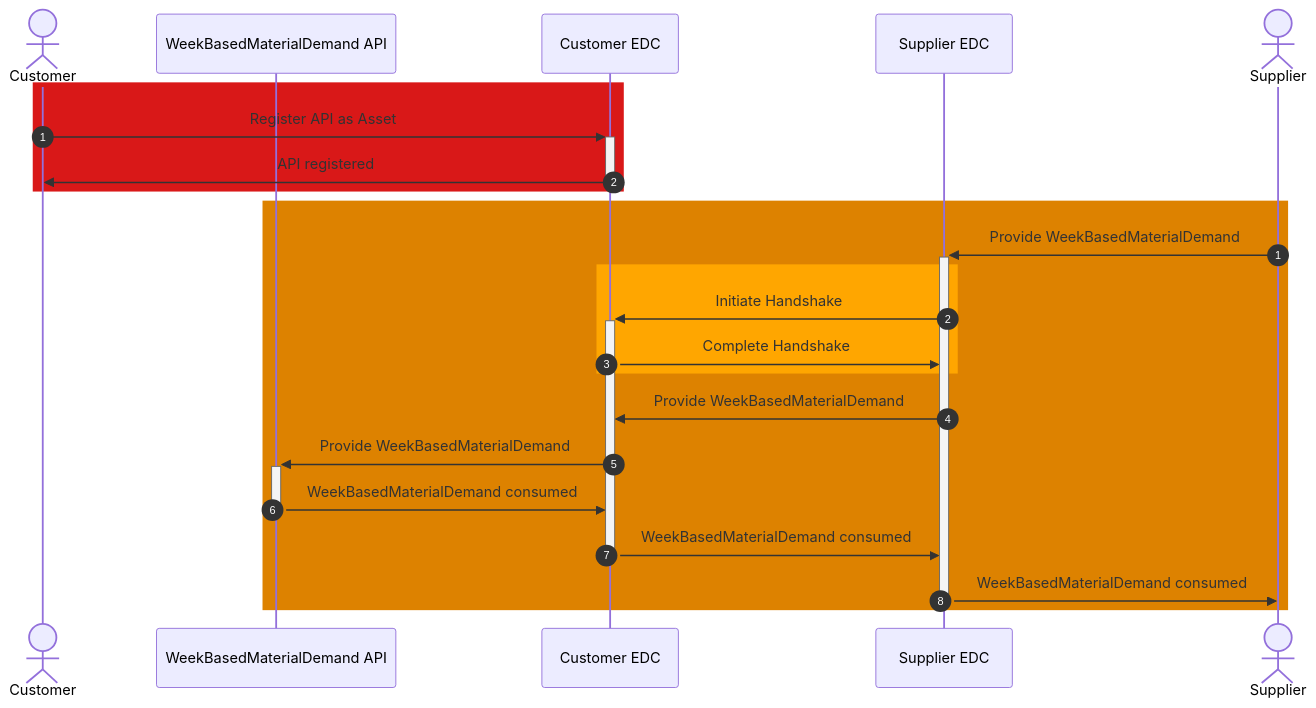
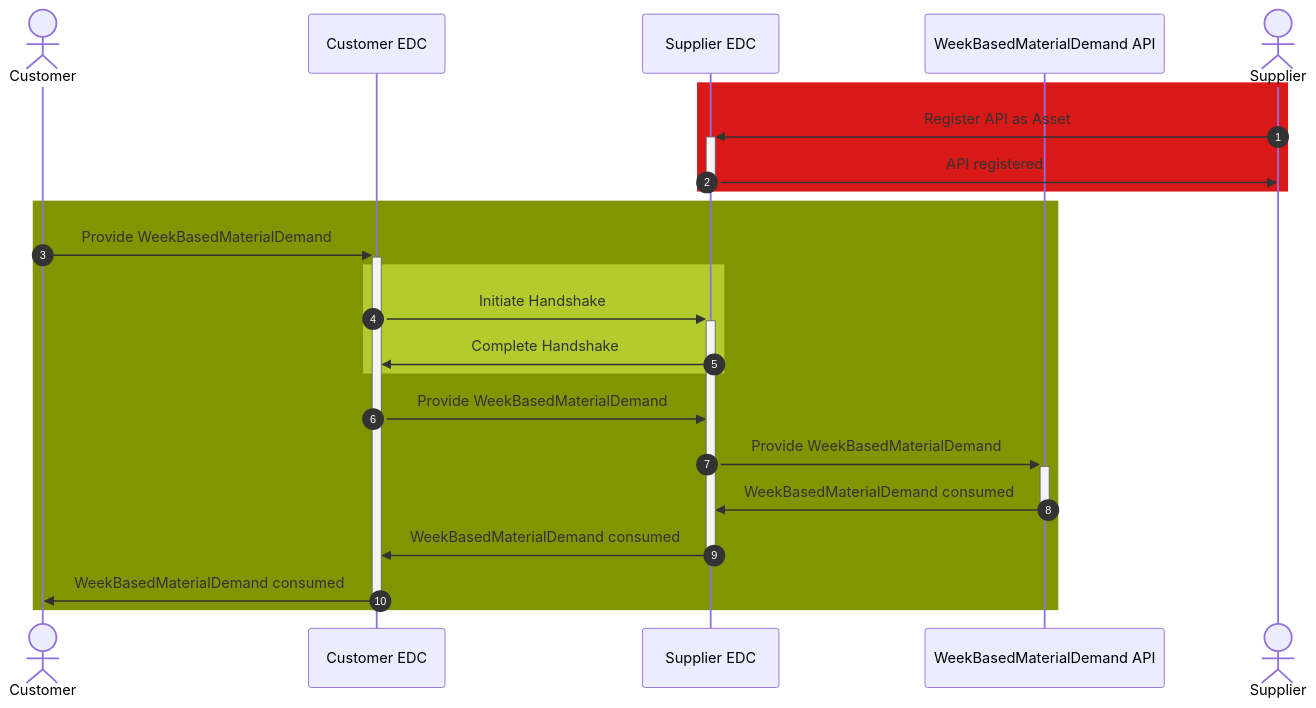
The diagram in docs-kits_versioned_docs/version-25.03/kits/demand-and-capacity-management-kit/development-view/api-material-demand.md (eclipse-tractusx/eclipse-tractusx.github.io), drawn with Mermaid before and after one commit. The commit also changed other lines of this file, not shown here.

Commit message:
fix: reversed material demand flow 25.03

````diff
--- a/docs-kits_versioned_docs/version-25.03/kits/demand-and-capacity-management-kit/development-view/api-material-demand.md
+++ b/docs-kits_versioned_docs/version-25.03/kits/demand-and-capacity-management-kit/development-view/api-material-demand.md
@@ -22,28 +22,27 @@
 ```mermaid
 sequenceDiagram
+autonumber
     actor c as Customer 
-    participant a as WeekBasedMaterialDemand API
     participant ce as Customer EDC
     participant se as Supplier EDC
+    participant a as WeekBasedMaterialDemand API
     actor s as Supplier
     
     rect rgb(217,24,24)
-        autonumber 1
-        c->>+ce: Register API as Asset
-        ce->>-c: API registered
+        s->>+se: Register API as Asset
+        se->>-s: API registered
     end
-    rect rgb(221,130,0)
-        autonumber 1
-        s->>+se: Provide WeekBasedMaterialDemand
-        rect rgb(255,166,0)
-        se->>+ce: Initiate Handshake
-        ce->>se: Complete Handshake
+    rect rgb(128,149,00)
+        c->>+ce: Provide WeekBasedMaterialDemand
+        rect rgb(179,203,45)
+        ce->>+se: Initiate Handshake
+        se->>ce: Complete Handshake
         end
-    se->>ce: Provide WeekBasedMaterialDemand
-    ce->>+a: Provide WeekBasedMaterialDemand
-    a->>-ce: WeekBasedMaterialDemand consumed
-    ce->>-se: WeekBasedMaterialDemand consumed
-    se->>-s: WeekBasedMaterialDemand consumed
+    ce->>se: Provide WeekBasedMaterialDemand
+    se->>+a: Provide WeekBasedMaterialDemand
+    a->>-se: WeekBasedMaterialDemand consumed
+    se->>-ce: WeekBasedMaterialDemand consumed
+    ce->>-c: WeekBasedMaterialDemand consumed
     
     end
 ```
````
